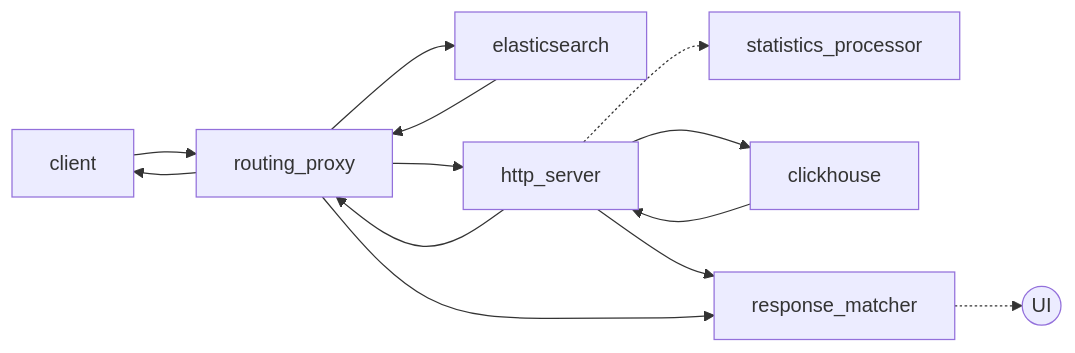
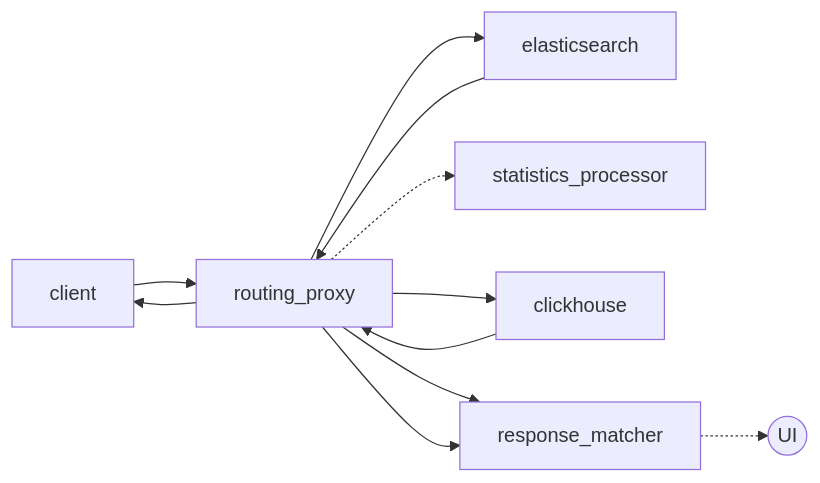
Before and after one commit to QuesmaOrg/quesma: the second of 3 diagrams in README.md, drawn with Mermaid. The commit also changed 7 other files, not shown here.

First line of the commit message:
Remove internal HTTP proxy and replacing HTTP request routing with a custom mux (#252)

````diff
--- a/README.md
+++ b/README.md
@@ -26,15 +26,13 @@
 ```mermaid
 flowchart LR;
     client-->routing_proxy;
     routing_proxy-->elasticsearch;
     elasticsearch-->routing_proxy;
-    routing_proxy-->http_server;
-    http_server-.->statistics_processor;
-    http_server-->clickhouse;
-    http_server-->routing_proxy;
-    clickhouse-->http_server;
-    http_server-->response_matcher;
+    routing_proxy-.->statistics_processor;
+    routing_proxy-->clickhouse;
+    clickhouse-->routing_proxy;
+    routing_proxy-->response_matcher;
     routing_proxy-->response_matcher;
     routing_proxy-->client;
     response_matcher-.->UI((UI))
 ```
````
